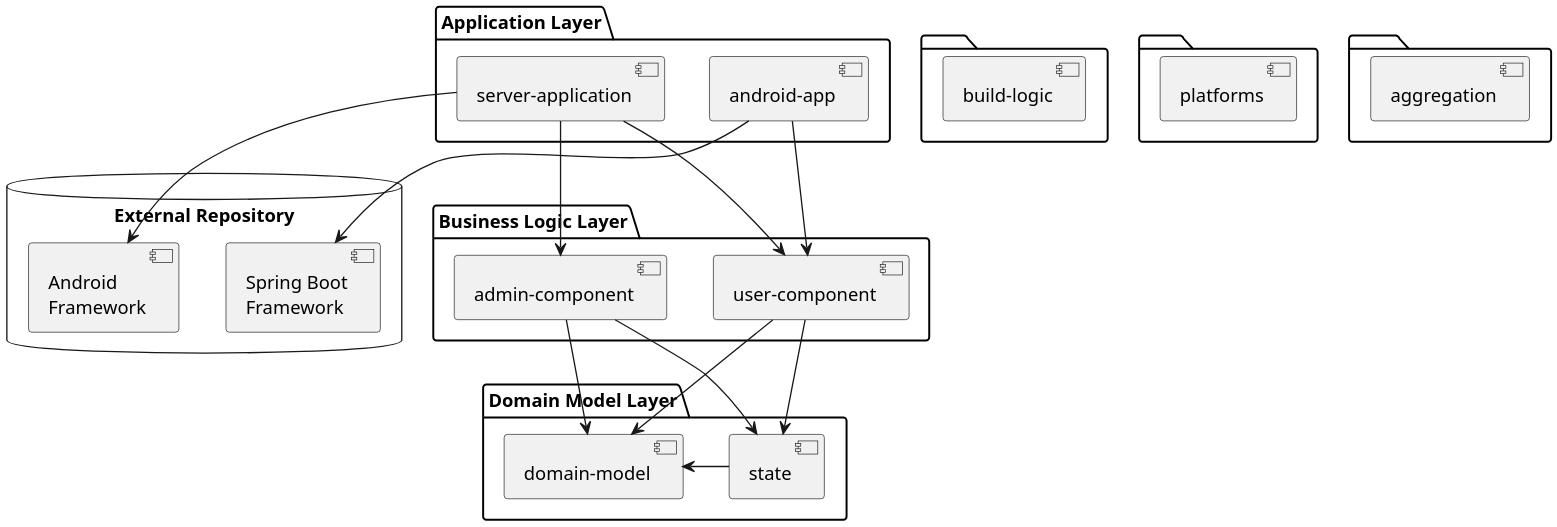
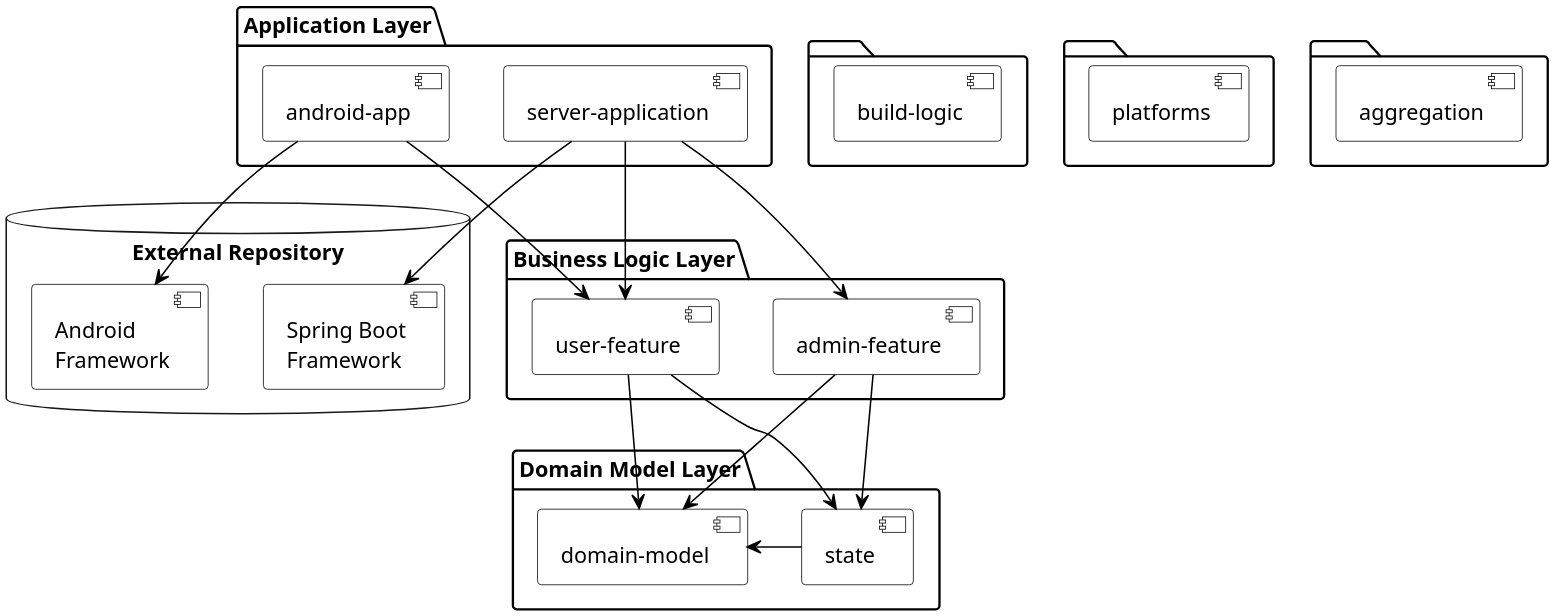
One commit to jjohannes/joker-conf-2020 changed the diagram in src/docs/asciidoc/index.adoc. Above: the diagram before and after it, drawn with PlantUML. The commit also changed other lines of this file and 13 other files, not shown here.

```diff
--- a/src/docs/asciidoc/index.adoc
+++ b/src/docs/asciidoc/index.adoc
@@ -45,46 +84,52 @@
-[plantuml, overview, png, width=1200, height=0%]
+[plantuml, overview-all, png, width=1200, height=0%]
 ....
 scale 2400 width
+skinparam monochrome true
+skinparam component {
+    BackgroundColor white
+    BorderColor Black
+	ArrowColor Black
+}
 
 database "External Repository" {
   [Spring Boot\nFramework] as SpringBoot
   [Android\nFramework] as Android
 }
 
 package "Application Layer" {
   [server-application]
   [android-app]
 }
 
 package "Business Logic Layer" {
-  [user-component]
-  [admin-component]
+  [user-feature]
+  [admin-feature]
 }
 
 package "Domain Model Layer" {
   [domain-model] <-right- [state]
 }
 
-[server-application] -down-> [user-component]
-[server-application] -down-> [admin-component]
-[android-app] -down-> [user-component]
+[server-application] -down-> [user-feature]
+[server-application] -down-> [admin-feature]
+[android-app] -down-> [user-feature]
 
-[user-component] -down-> [domain-model]
-[user-component] -down-> [state]
+[user-feature] -down-> [domain-model]
+[user-feature] -down-> [state]
 
-[admin-component] -down-> [domain-model]
-[admin-component] -down-> [state]
+[admin-feature] -down-> [domain-model]
+[admin-feature] -down-> [state]
 
-[android-app] -down-> [SpringBoot]
-[server-application] -down-> [Android]
+[server-application] -down-> [SpringBoot]
+[android-app] -down-> [Android]
 
 folder {
    [build-logic]
 }
 folder {
    [platforms]
 }
 folder {
     [aggregation]
 }
 ....
```
